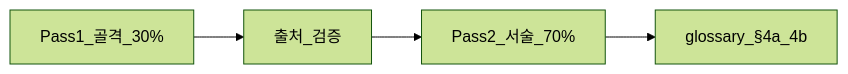
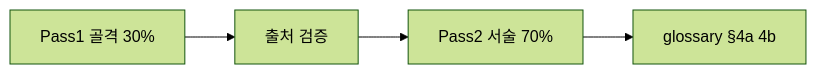
One commit to goldanghenry/Finances changed the diagram in docs/DEPTH-STANDARD.md. Above: the diagram before and after it, drawn with Mermaid (forest theme). The commit also changed 211 other files, not shown here.

````diff
--- a/docs/DEPTH-STANDARD.md
+++ b/docs/DEPTH-STANDARD.md
@@ -48,6 +48,6 @@
 ```mermaid
 flowchart LR
-  P1[Pass1_골격_30%] --> V[출처_검증]
-  V --> P2[Pass2_서술_70%]
-  P2 --> G[glossary_§4a_4b]
+  P1["Pass1 골격 30%"] --> V["출처 검증"]
+  V --> P2["Pass2 서술 70%"]
+  P2 --> G["glossary §4a 4b"]
 ```
````
